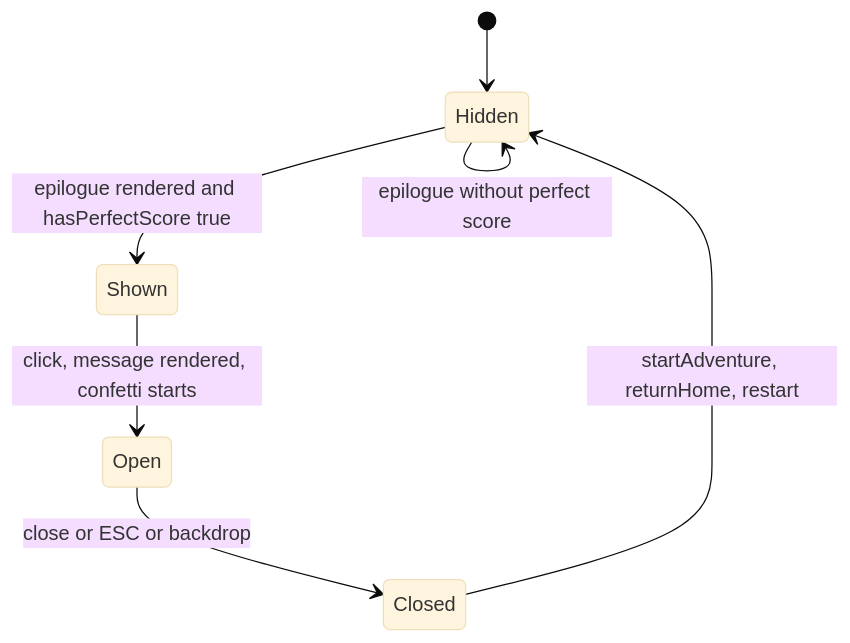
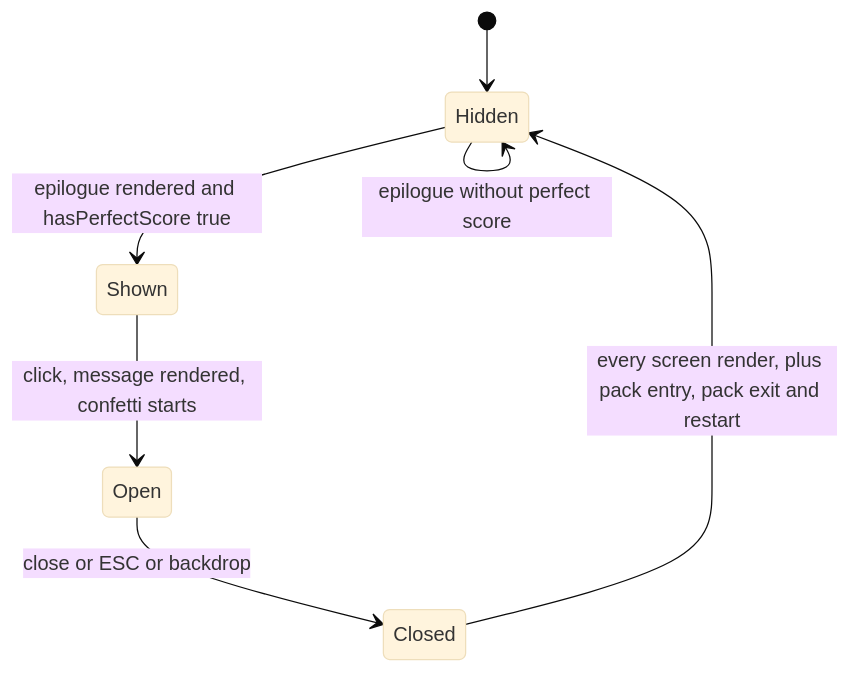
One commit to ghmer/rego-adventure changed diagram 20 of 46 in docu/state-machines.md. Above: the diagram before and after it, drawn with Mermaid (base theme). The commit also changed other lines of this file and 2 other files, not shown here.

````diff
--- a/docu/state-machines.md
+++ b/docu/state-machines.md
@@ -749,9 +723,9 @@
 ```mermaid
 stateDiagram-v2
     [*] --> Hidden
     Hidden --> Shown : epilogue rendered and hasPerfectScore true
     Shown --> Open : click, message rendered, confetti starts
     Open --> Closed : close or ESC or backdrop
-    Closed --> Hidden : startAdventure, returnHome, restart
+    Closed --> Hidden : every screen render, plus pack entry, pack exit and restart
     Hidden --> Hidden : epilogue without perfect score
 ```
````
